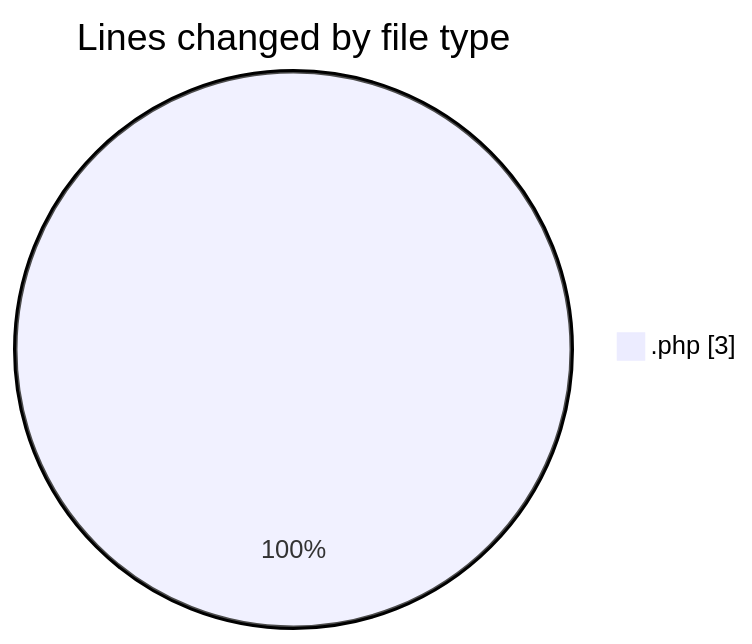
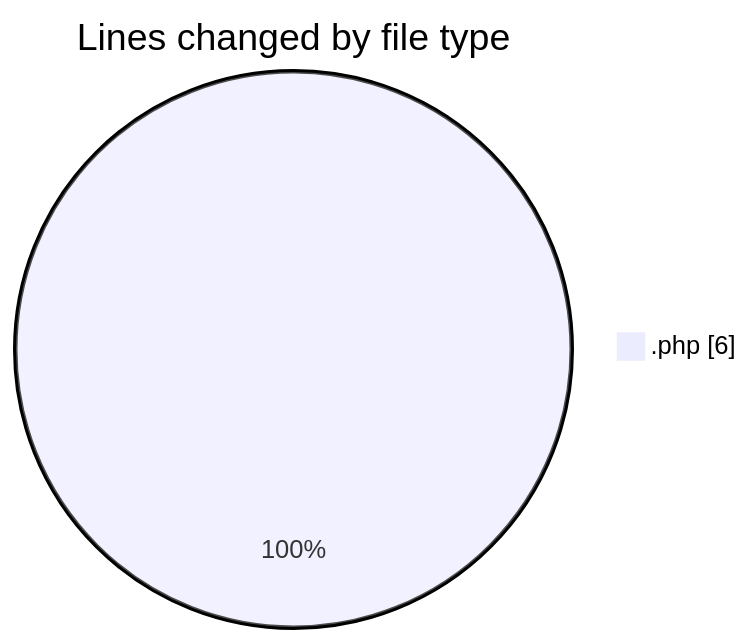
One commit to BS-eng2023/code-tracking changed the first of 2 diagrams in 2025-05-06/htdocs/README.md. Above: the diagram before and after it, drawn with Mermaid. The commit also changed other lines of this file and 1 other file, not shown here.

````diff
--- a/2025-05-06/htdocs/README.md
+++ b/2025-05-06/htdocs/README.md
@@ -20,5 +21,5 @@
 ```mermaid
 pie showData
 title Lines changed by file type
-".php" : 3
+".php" : 6
 ```
````
